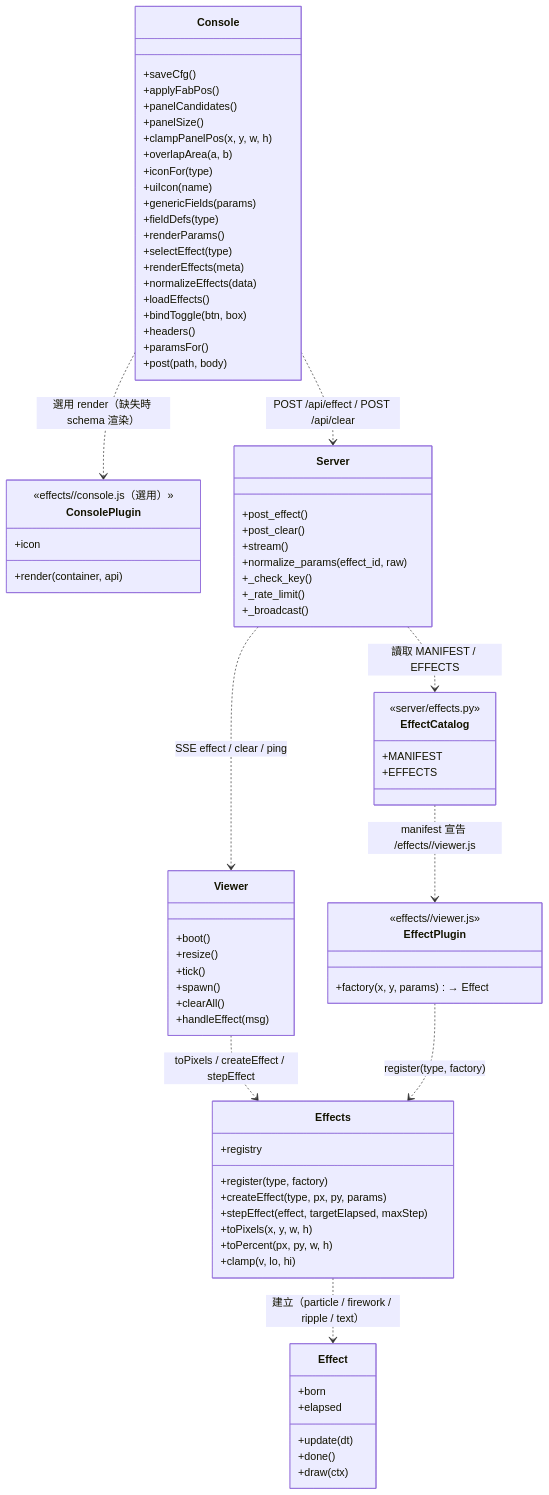
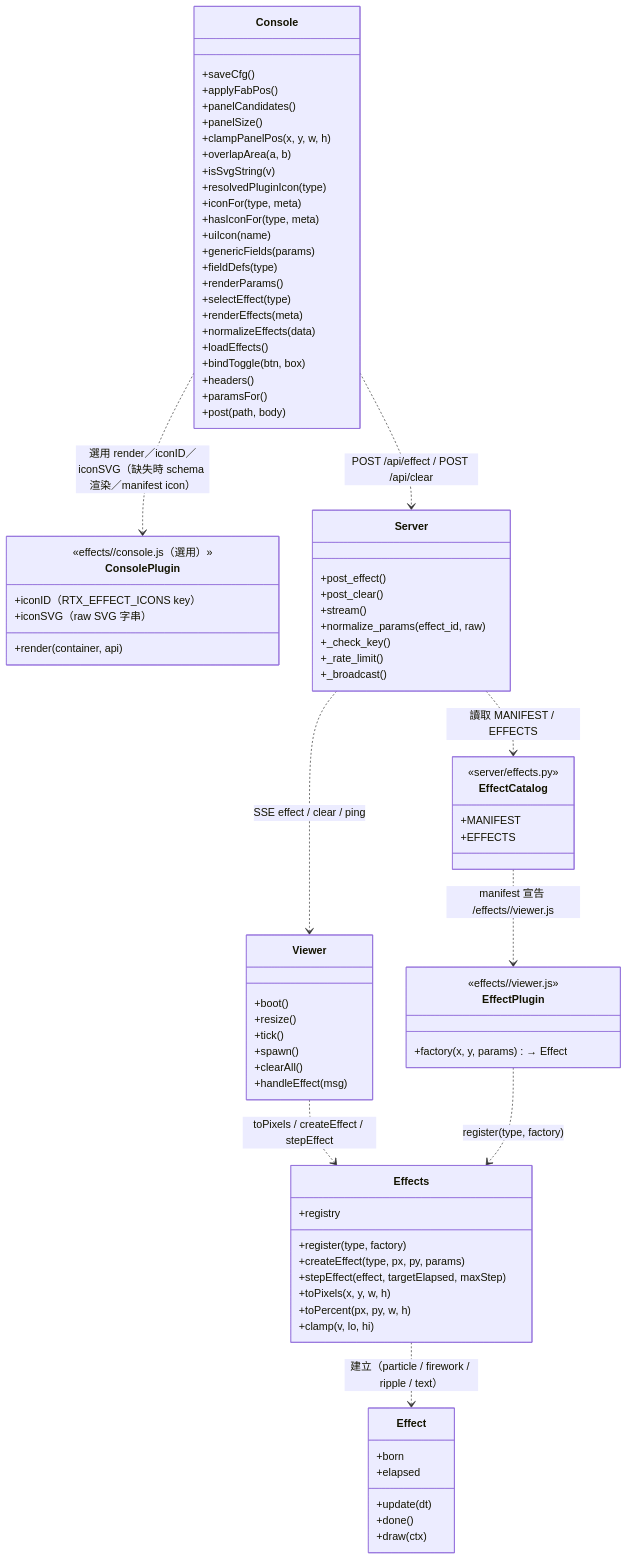
Before and after one commit to zivngit/Real-time-Interaction-html: the fifth of 6 diagrams in docs/agents/CALL_GRAPH.md, drawn with Mermaid. The commit also changed other lines of this file and 15 other files, not shown here.

Commit message:
feat(effects): 新增特效指南、範例與 console plugin iconID/iconSVG

```diff
--- a/docs/agents/CALL_GRAPH.md
+++ b/docs/agents/CALL_GRAPH.md
@@ -162,7 +162,8 @@
     }
     class ConsolePlugin {
         <<effects/<id>/console.js（選用）>>
-        +icon
+        +iconID（RTX_EFFECT_ICONS key）
+        +iconSVG（raw SVG 字串）
         +render(container, api)
     }
     class Effect {
@@ -201,7 +202,10 @@
         +panelSize()
         +clampPanelPos(x, y, w, h)
         +overlapArea(a, b)
-        +iconFor(type)
+        +isSvgString(v)
+        +resolvedPluginIcon(type)
+        +iconFor(type, meta)
+        +hasIconFor(type, meta)
         +uiIcon(name)
         +genericFields(params)
         +fieldDefs(type)
@@ -218,7 +222,7 @@
     Viewer ..> Effects : toPixels / createEffect / stepEffect
     EffectPlugin ..> Effects : register(type, factory)
     Effects ..> Effect : 建立（particle / firework / ripple / text）
-    Console ..> ConsolePlugin : 選用 render（缺失時 schema 渲染）
+    Console ..> ConsolePlugin : 選用 render／iconID／iconSVG（缺失時 schema 渲染／manifest icon）
     Console ..> Server : POST /api/effect / POST /api/clear
     Server ..> EffectCatalog : 讀取 MANIFEST / EFFECTS
     EffectCatalog ..> EffectPlugin : manifest 宣告 /effects/<id>/viewer.js
```
